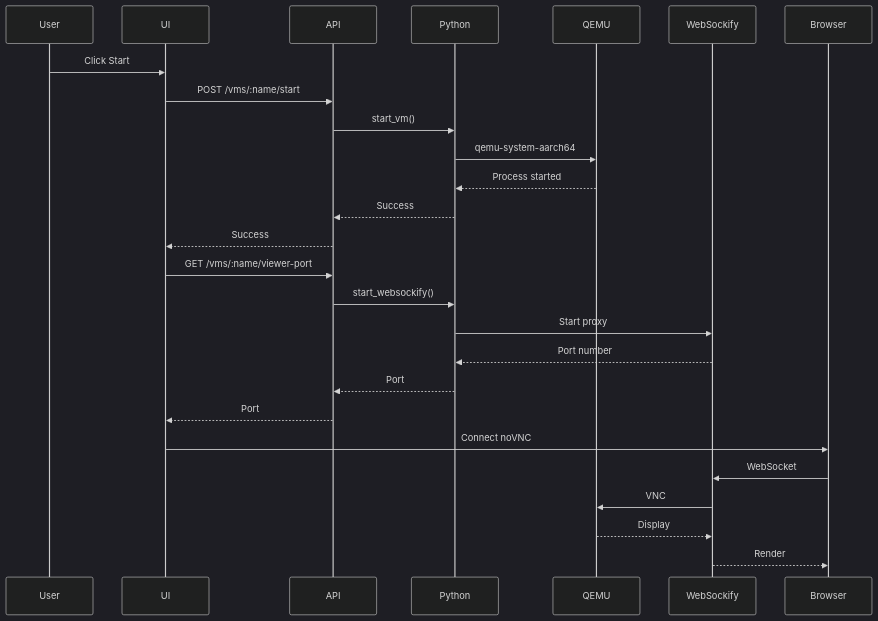
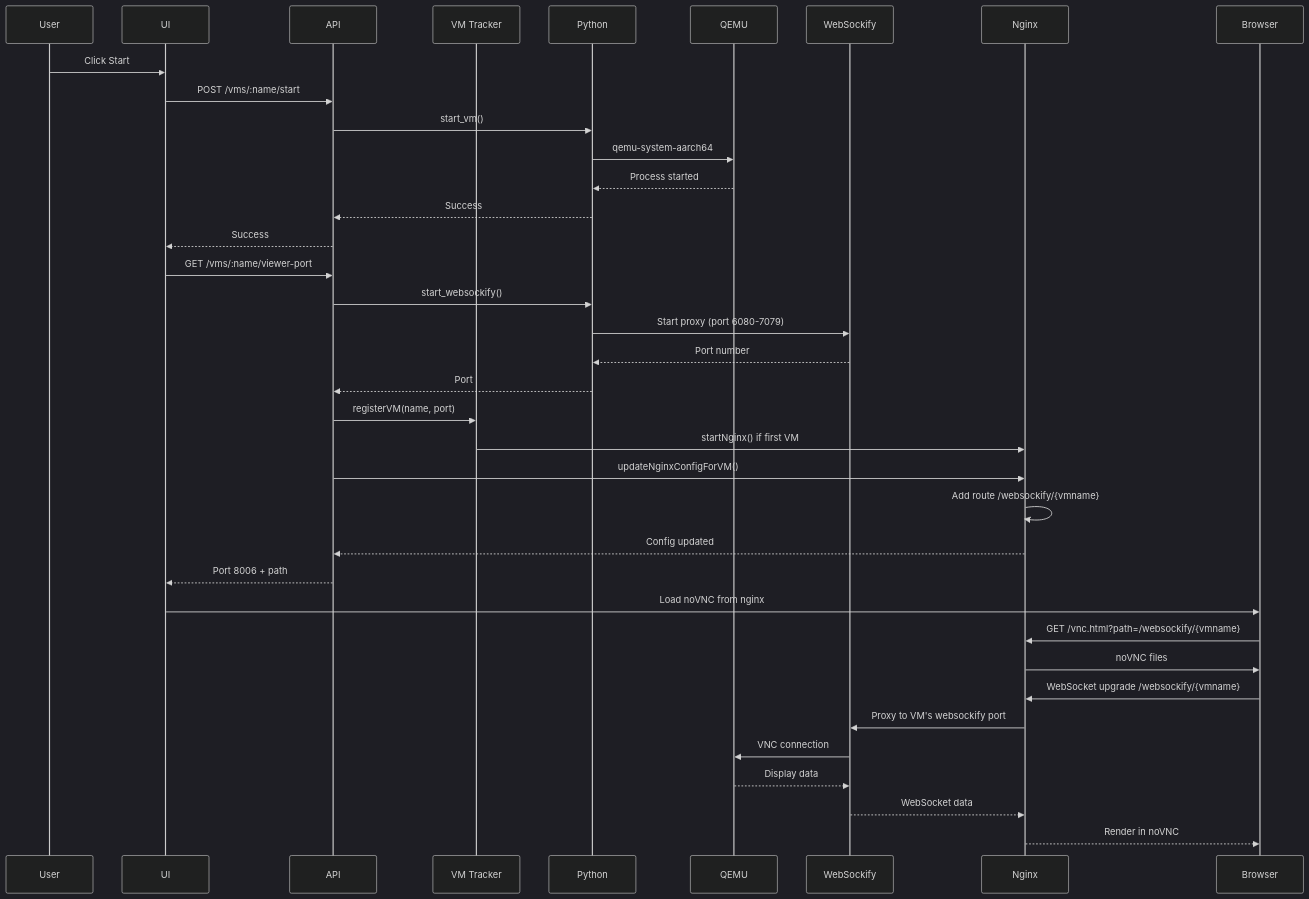
One commit to cayubweeums-repos/cyber_workbench changed the third of 5 diagrams in docs/vm-lifecycle.md. Above: the diagram before and after it, drawn with Mermaid (dark theme). The commit also changed other lines of this file and 10 other files, not shown here.

````diff
--- a/docs/vm-lifecycle.md
+++ b/docs/vm-lifecycle.md
@@ -43,29 +45,40 @@
 ```mermaid
 sequenceDiagram
     participant User
     participant UI
     participant API
+    participant Tracker as VM Tracker
     participant Python
     participant QEMU
     participant WebSockify
+    participant Nginx
     participant Browser
     
     User->>UI: Click Start
     UI->>API: POST /vms/:name/start
     API->>Python: start_vm()
     Python->>QEMU: qemu-system-aarch64
     QEMU-->>Python: Process started
     Python-->>API: Success
     API-->>UI: Success
     UI->>API: GET /vms/:name/viewer-port
     API->>Python: start_websockify()
-    Python->>WebSockify: Start proxy
+    Python->>WebSockify: Start proxy (port 6080-7079)
     WebSockify-->>Python: Port number
     Python-->>API: Port
-    API-->>UI: Port
-    UI->>Browser: Connect noVNC
-    Browser->>WebSockify: WebSocket
-    WebSockify->>QEMU: VNC
-    QEMU-->>WebSockify: Display
-    WebSockify-->>Browser: Render
+    API->>Tracker: registerVM(name, port)
+    Tracker->>Nginx: startNginx() if first VM
+    API->>Nginx: updateNginxConfigForVM()
+    Nginx->>Nginx: Add route /websockify/{vmname}
+    Nginx-->>API: Config updated
+    API-->>UI: Port 8006 + path
+    UI->>Browser: Load noVNC from nginx
+    Browser->>Nginx: GET /vnc.html?path=/websockify/{vmname}
+    Nginx->>Browser: noVNC files
+    Browser->>Nginx: WebSocket upgrade /websockify/{vmname}
+    Nginx->>WebSockify: Proxy to VM's websockify port
+    WebSockify->>QEMU: VNC connection
+    QEMU-->>WebSockify: Display data
+    WebSockify-->>Nginx: WebSocket data
+    Nginx-->>Browser: Render in noVNC
 ```
````
